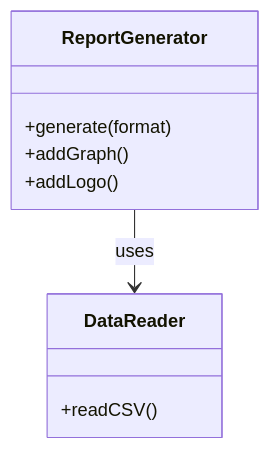
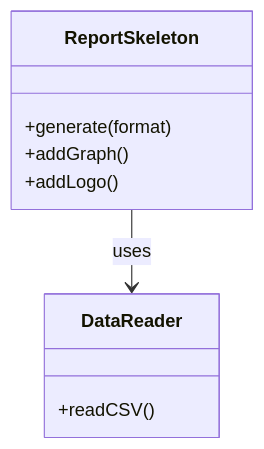
The first of 9 diagrams in kindle/design-patterns/output/chapter11.md (kumachan1101-pixel/DesignPattern), drawn with Mermaid before and after one commit. The commit also changed other lines of this file, not shown here.

````diff
--- a/kindle/design-patterns/output/chapter11.md
+++ b/kindle/design-patterns/output/chapter11.md
@@ -73,13 +73,13 @@
 ```mermaid
 classDiagram
-    class ReportGenerator {
+    class ReportSkeleton {
         +generate(format)
         +addGraph()
         +addLogo()
     }
     class DataReader {
         +readCSV()
     }
-    ReportGenerator --> DataReader : uses
+    ReportSkeleton --> DataReader : uses
 
 ```
````
